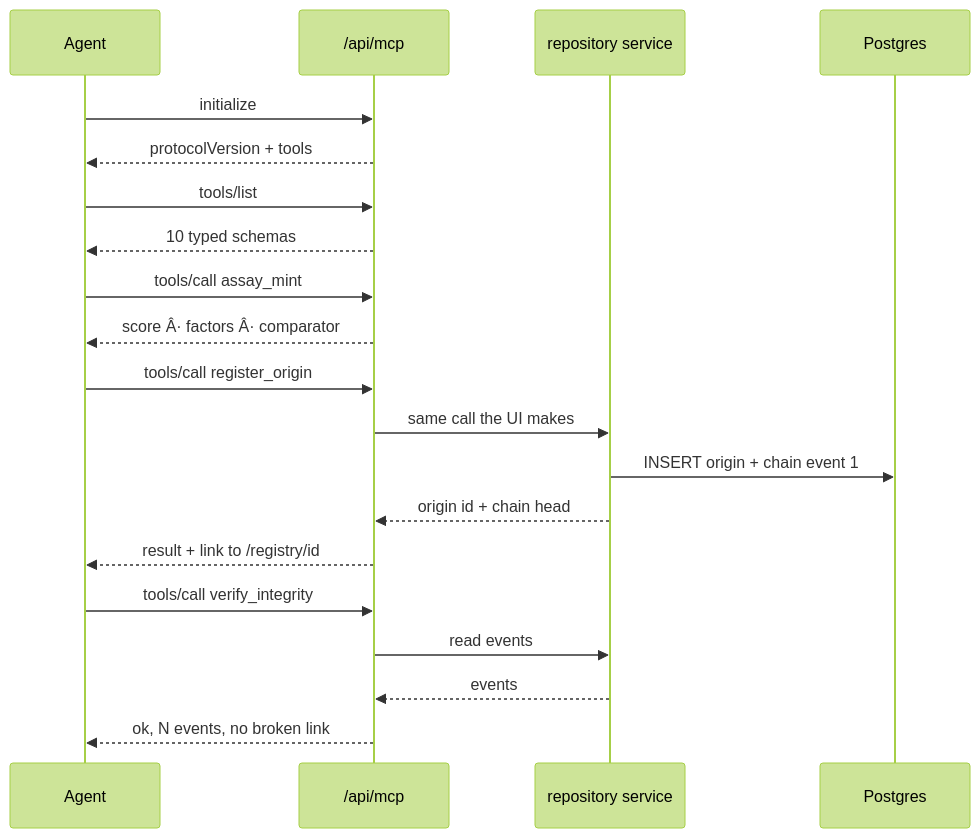
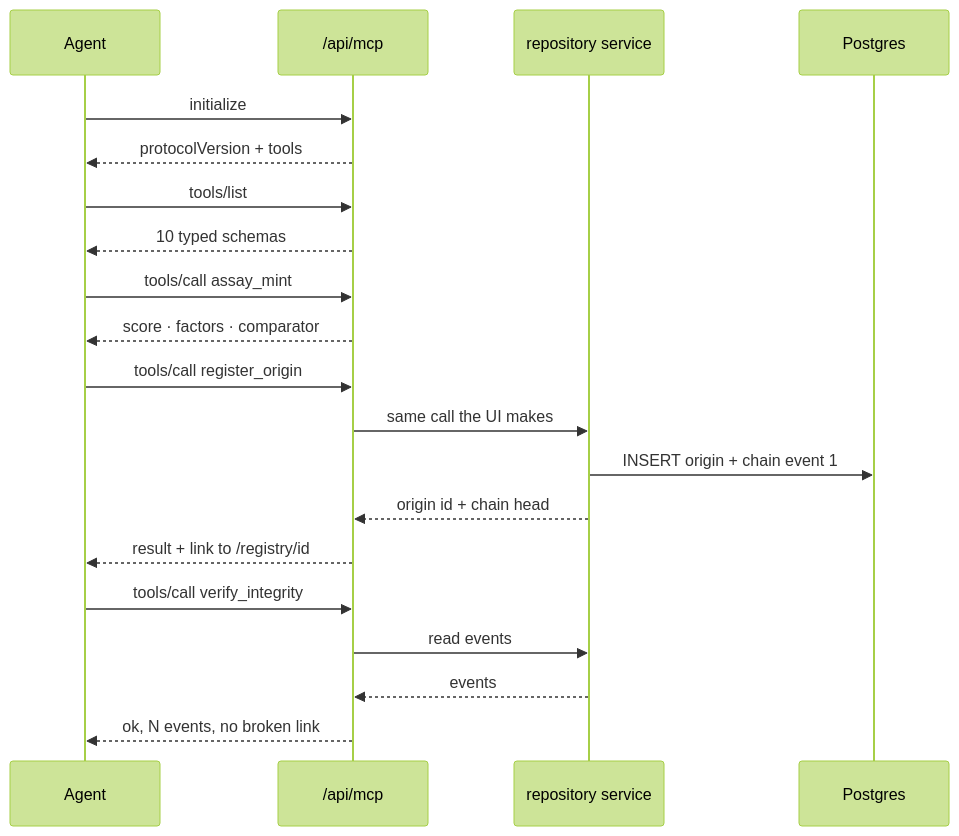
One commit to aniruddhaadak80/mintline changed the fifth of 8 diagrams in README.md. Above: the diagram before and after it, drawn with Mermaid (forest theme). The commit also changed other lines of this file and 14 other files, not shown here.

````diff
--- a/README.md
+++ b/README.md
@@ -390,22 +394,22 @@
 ```mermaid
 sequenceDiagram
   participant C as Agent
   participant M as /api/mcp
   participant S as repository service
   participant D as Postgres
   C->>M: initialize
   M-->>C: protocolVersion + tools
   C->>M: tools/list
   M-->>C: 10 typed schemas
   C->>M: tools/call assay_mint
-  M-->>C: score Â· factors Â· comparator
+  M-->>C: score · factors · comparator
   C->>M: tools/call register_origin
   M->>S: same call the UI makes
   S->>D: INSERT origin + chain event 1
   S-->>M: origin id + chain head
   M-->>C: result + link to /registry/id
   C->>M: tools/call verify_integrity
   M->>S: read events
   S-->>M: events
   M-->>C: ok, N events, no broken link
 ```
````
